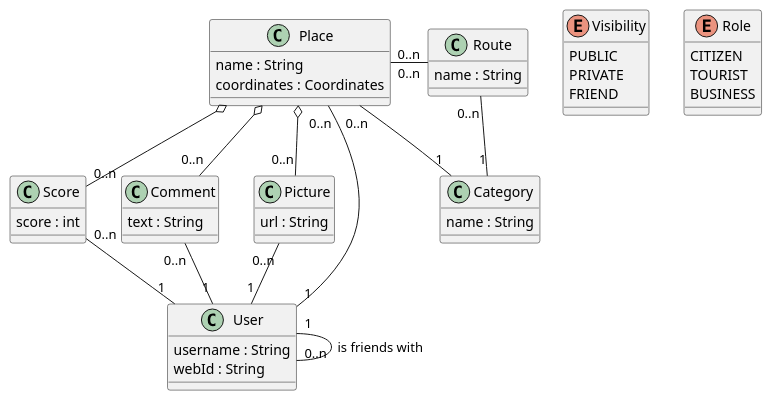
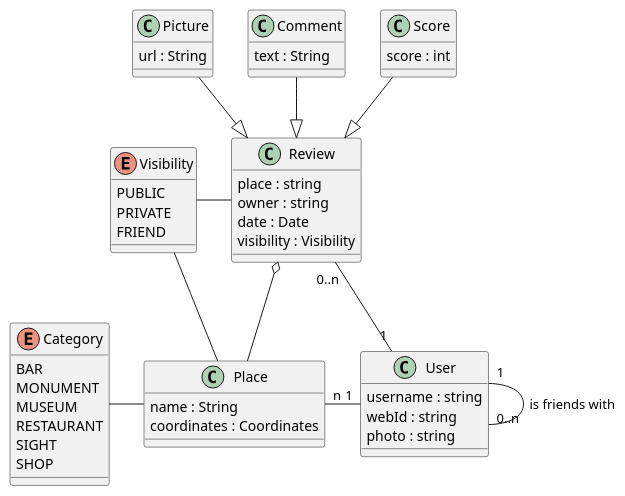
Before and after one commit to Arquisoft/lomap_en1a: the diagram in docs/08_concepts.adoc, drawn with PlantUML. The commit also changed other lines of this file and 14 other files, not shown here.

```diff
--- a/docs/08_concepts.adoc
+++ b/docs/08_concepts.adoc
@@ -8,64 +8,71 @@
 [plantuml,"Domain Model",svg]
 ----
 @startuml
 enum Visibility{
     PUBLIC
     PRIVATE
     FRIEND
 }
 
+enum Category {
+    BAR
+    MONUMENT
+    MUSEUM
+    RESTAURANT
+    SIGHT
+    SHOP
+}
+
+class User{
+    username : string
+    webId : string
+    photo : string
+}
+
+class Review {
+    place : string
+    owner : string
+    date : Date
+    visibility : Visibility
+}
+
 class Place{
     name : String
     coordinates : Coordinates
-}
-
-class Category{
-    name : String
 }
 
 class Picture{
     url : String
 }
 
 class Comment{
     text : String
 }
 
 class Score{
     score : int
 }
 
-class Route{
-    name : String
-}
+Visibility -[hidden]d- Category
 
-class User{
-    username : String
-    webId : String
-}
+User -[hidden]l-- Place
 
-enum Role{
-    CITIZEN
-    TOURIST
-    BUSINESS
-}
+User "1" -up- "0..n" Review
+User "1" -- "0..n" User : is friends with
+User "1" --- "n" Place
 
+User -[hidden]right- Place
+Picture -[hidden]right- Comment
+Comment -[hidden]right- Score
 
+Score --d|> Review
+Picture --d|> Review
+Comment --d|> Review
 
-Place "0..n" -down- "1" Category
-Place o-down- "0..n" Picture
-Place o-down- "0..n" Comment
-Place o-down- "0..n" Score
-
-
-User "1" -up- "0..n" Picture
-User "1" -up- "0..n" Comment
-User "1" -up- "0..n" Score
-User "1" -- "0..n" User : is friends with
-User "1" -left- "0..n" Place
-
-Route "0..n" -- "1" Category
-Route "0..n" -left- "0..n" Place
+Review o-- Place
+Place -l- Category
+Visibility -d- Place
+Review -l- Visibility
 
 @enduml
 ----
```
